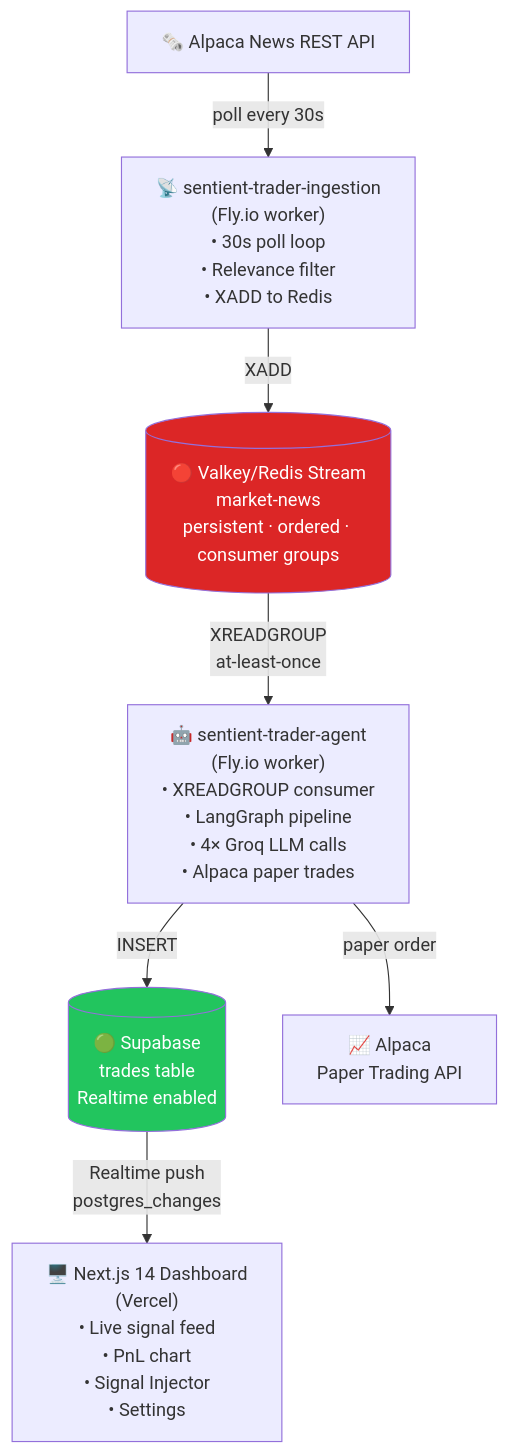
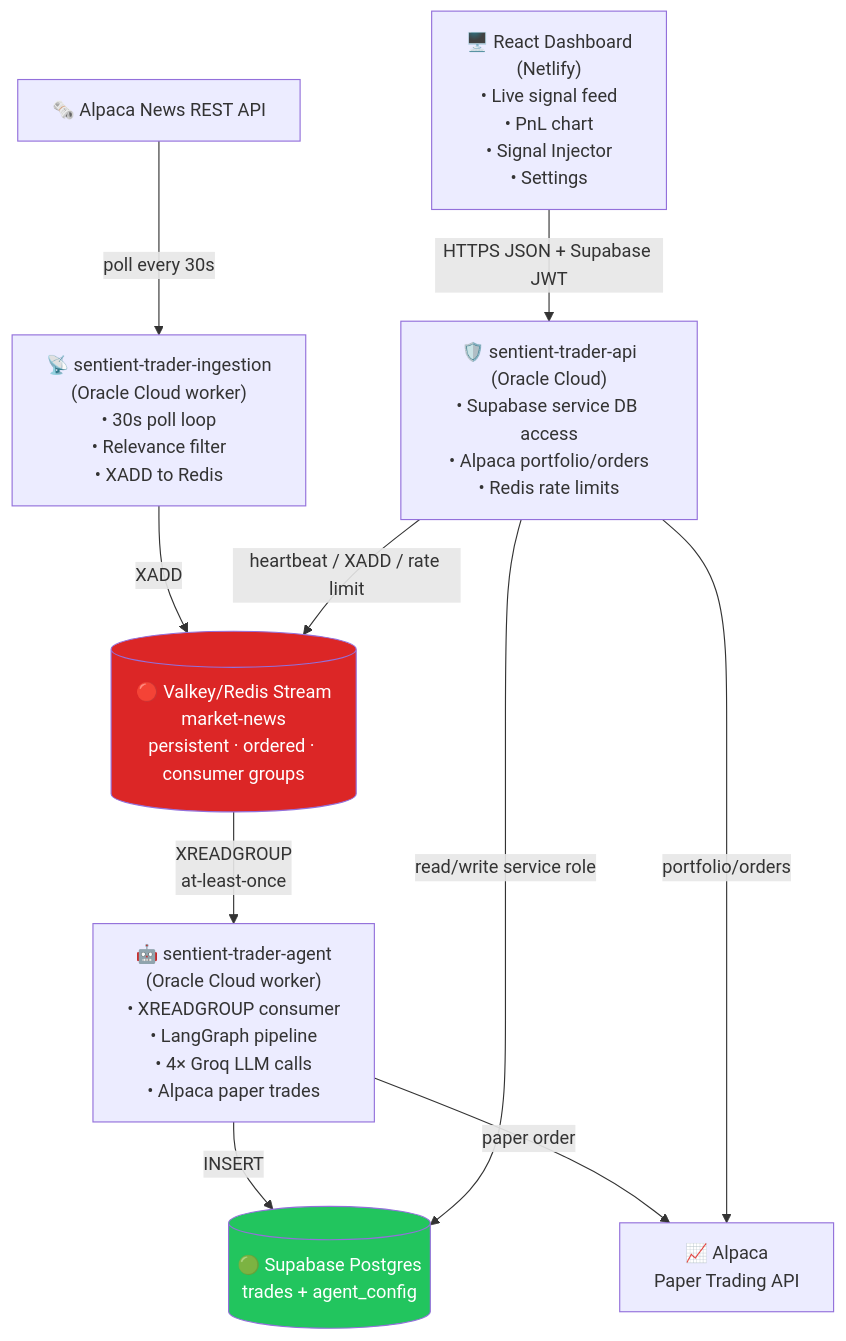
One commit to sundeep-dayalan/sentient-trader changed the first of 4 diagrams in README.md. Above: the diagram before and after it, drawn with Mermaid. The commit also changed other lines of this file and 66 other files, not shown here.

Commit message:
refactor: migrate frontend from Next.js to Vite and consolidate backend API infrastructure

````diff
--- a/README.md
+++ b/README.md
@@ -46,20 +46,24 @@
 ```mermaid
 graph TD
     A["🗞️ Alpaca News REST API"]
-    B["📡 sentient-trader-ingestion\n(Fly.io worker)\n• 30s poll loop\n• Relevance filter\n• XADD to Redis"]
+    B["📡 sentient-trader-ingestion\n(Oracle Cloud worker)\n• 30s poll loop\n• Relevance filter\n• XADD to Redis"]
     C[("🔴 Valkey/Redis Stream\nmarket-news\npersistent · ordered · consumer groups")]
-    D["🤖 sentient-trader-agent\n(Fly.io worker)\n• XREADGROUP consumer\n• LangGraph pipeline\n• 4× Groq LLM calls\n• Alpaca paper trades"]
-    E[("🟢 Supabase\ntrades table\nRealtime enabled")]
-    F["🖥️ Next.js 14 Dashboard\n(Vercel)\n• Live signal feed\n• PnL chart\n• Signal Injector\n• Settings"]
+    D["🤖 sentient-trader-agent\n(Oracle Cloud worker)\n• XREADGROUP consumer\n• LangGraph pipeline\n• 4× Groq LLM calls\n• Alpaca paper trades"]
+    E[("🟢 Supabase Postgres\ntrades + agent_config")]
+    F["🖥️ React Dashboard\n(Netlify)\n• Live signal feed\n• PnL chart\n• Signal Injector\n• Settings"]
     G["📈 Alpaca\nPaper Trading API"]
+    H["🛡️ sentient-trader-api\n(Oracle Cloud)\n• Supabase service DB access\n• Alpaca portfolio/orders\n• Redis rate limits"]
 
     A -->|"poll every 30s"| B
     B -->|"XADD"| C
     C -->|"XREADGROUP\nat-least-once"| D
     D -->|"INSERT"| E
     D -->|"paper order"| G
-    E -->|"Realtime push\npostgres_changes"| F
+    F -->|"HTTPS JSON + Supabase JWT"| H
+    H -->|"read/write service role"| E
+    H -->|"portfolio/orders"| G
+    H -->|"heartbeat / XADD / rate limit"| C
 
     style C fill:#dc2626,color:#fff
     style E fill:#22c55e,color:#fff
 ```
````
